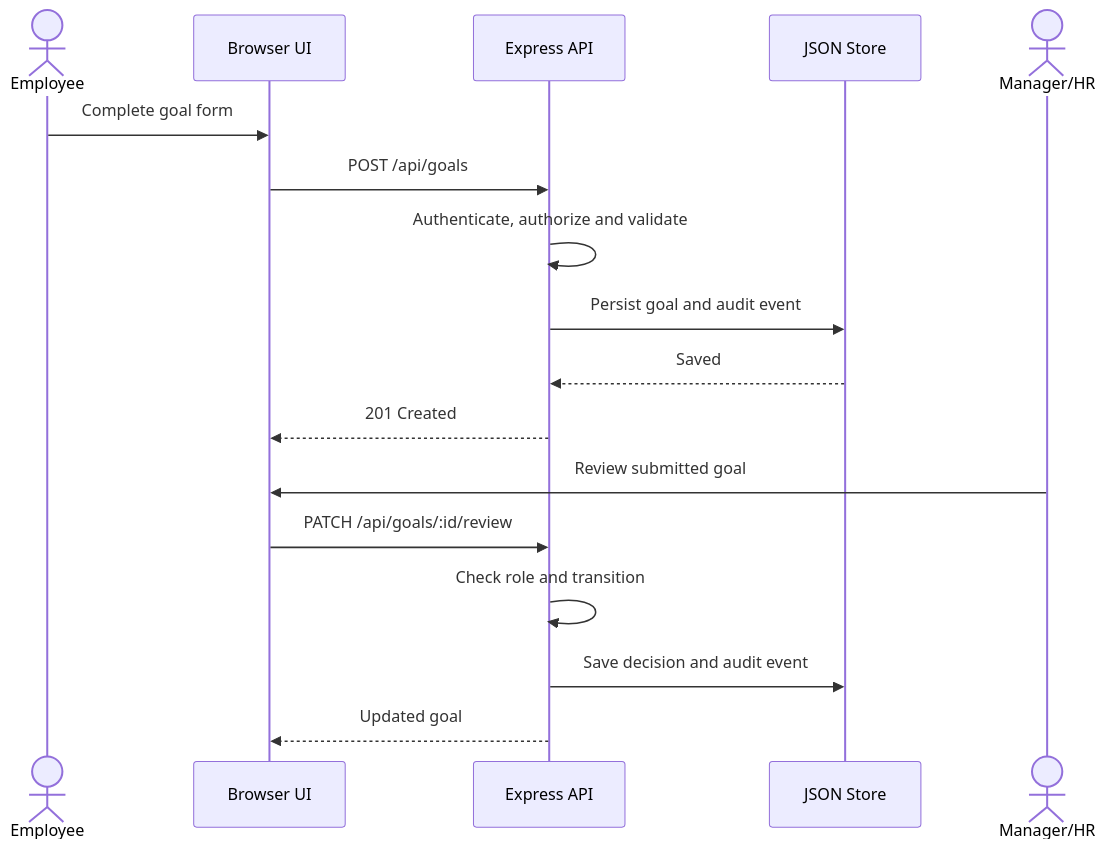
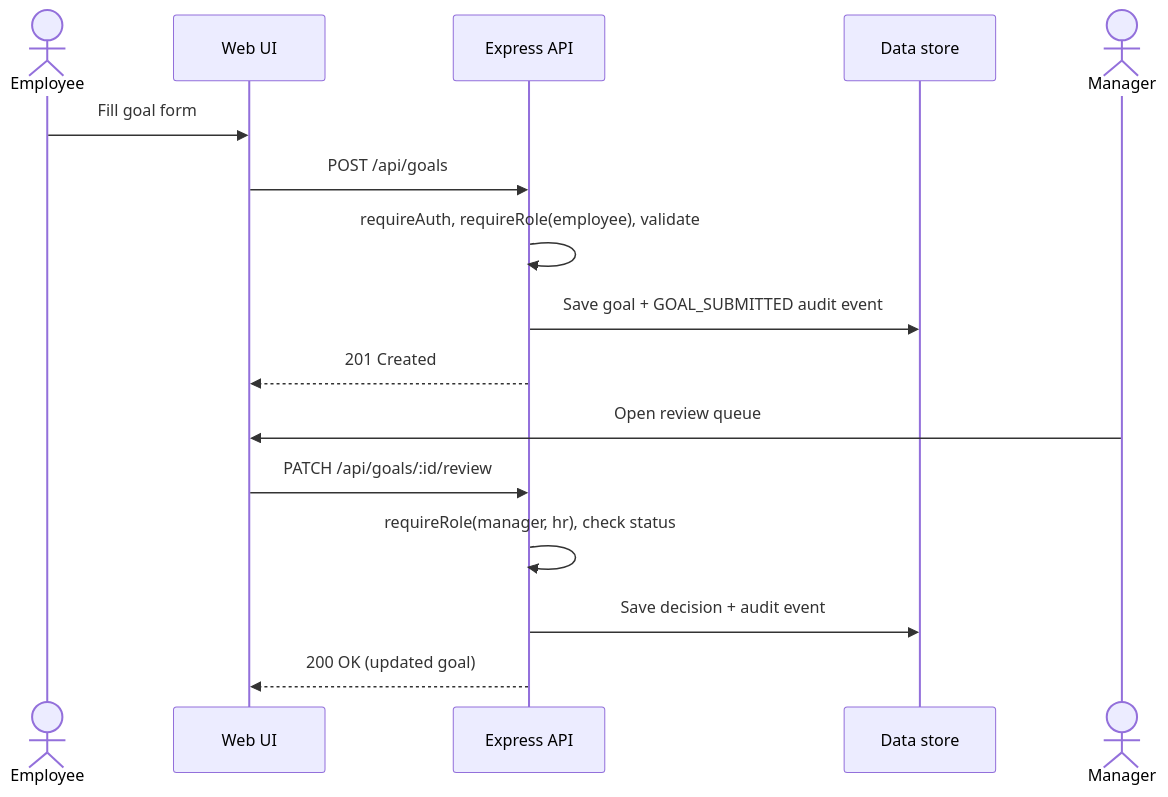
The second of 3 diagrams in SRS_SAD_TestPlan/SAD.md (GSAIHEMANTH279/Automated-performance-appraisal-system), drawn with Mermaid before and after one commit. The commit also changed other lines of this file and 15 other files, not shown here.

````diff
--- a/SRS_SAD_TestPlan/SAD.md
+++ b/SRS_SAD_TestPlan/SAD.md
@@ -117,19 +163,18 @@
 ```mermaid
 sequenceDiagram
- actor E as Employee
- participant UI as Browser UI
- participant API as Express API
- participant Store as JSON Store
- E->>UI: Complete goal form
- UI->>API: POST /api/goals
- API->>API: Authenticate, authorize and validate
- API->>Store: Persist goal and audit event
- Store-->>API: Saved
- API-->>UI: 201 Created
- actor M as Manager/HR
- M->>UI: Review submitted goal
- UI->>API: PATCH /api/goals/:id/review
- API->>API: Check role and transition
- API->>Store: Save decision and audit event
- API-->>UI: Updated goal
+  actor E as Employee
+  participant UI as Web UI
+  participant API as Express API
+  participant S as Data store
+  E->>UI: Fill goal form
+  UI->>API: POST /api/goals
+  API->>API: requireAuth, requireRole(employee), validate
+  API->>S: Save goal + GOAL_SUBMITTED audit event
+  API-->>UI: 201 Created
+  actor M as Manager
+  M->>UI: Open review queue
+  UI->>API: PATCH /api/goals/:id/review
+  API->>API: requireRole(manager, hr), check status
+  API->>S: Save decision + audit event
+  API-->>UI: 200 OK (updated goal)
 ```
````
